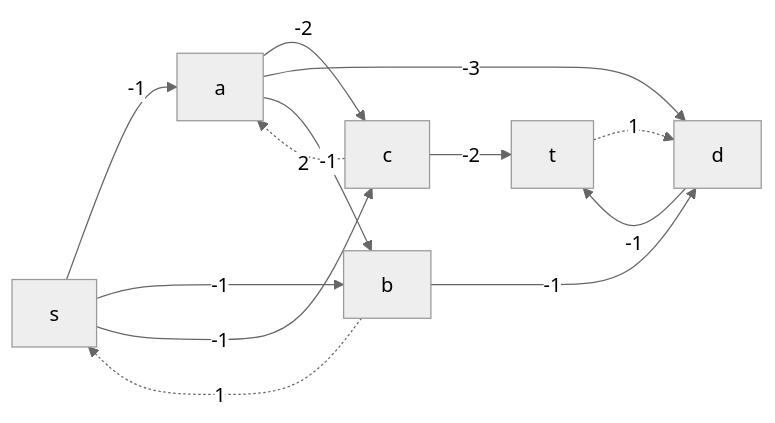
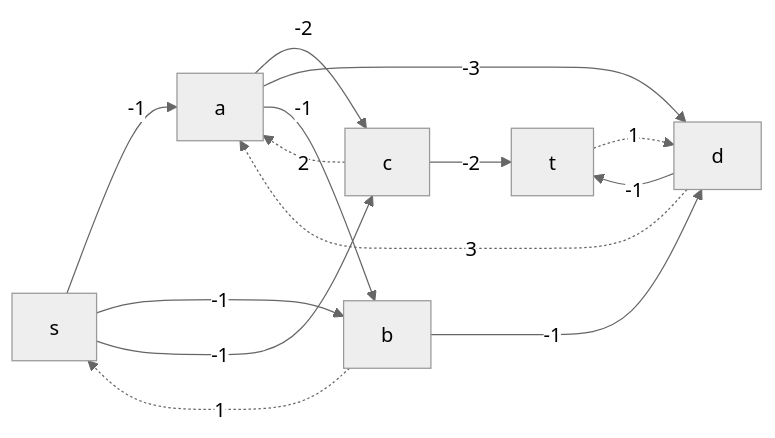
Diagram 11 of 16 in task_15/blur_15.md (HSE-algo-23-owl/manual_tasks), drawn with Mermaid (neutral theme) before and after one commit. The commit also changed other lines of this file, not shown here.

````diff
--- a/task_15/blur_15.md
+++ b/task_15/blur_15.md
@@ -148,15 +148,16 @@
 ```mermaid
 graph LR
     s-->|-1|a
     s-->|-1|b
     b-.->|1|s
     s-->|-1|c
     a-->|-2|c
     c-.->|2|a
     a-->|-3|d
+    d-.->|3|a
     a-->|-1|b
     b-->|-1|d
     c-->|-2|t
     d-->|-1|t
     t-.->|1|d
 ```
````
